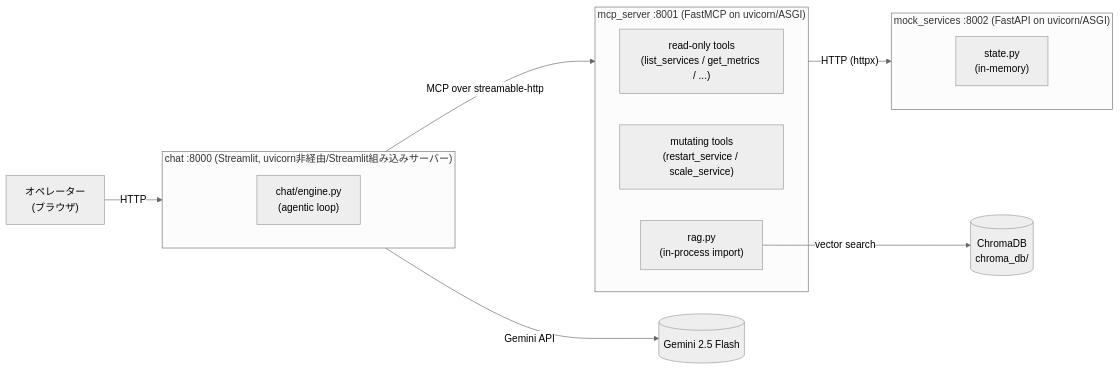
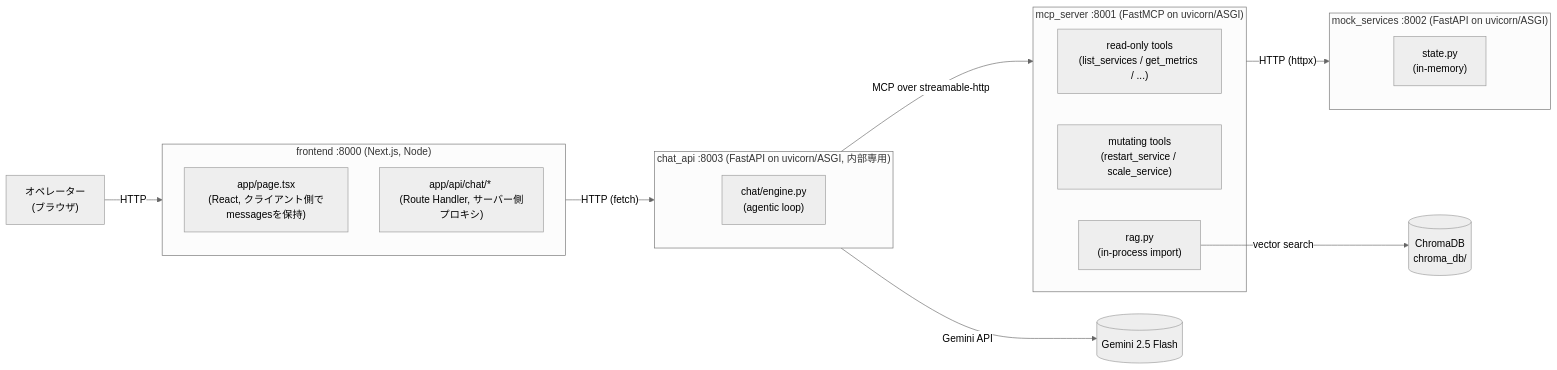
The first of 2 diagrams in README.md (fumi0217/ai-ops-agent), drawn with Mermaid (neutral theme) before and after one commit. The commit also changed other lines of this file and 45 other files, not shown here.

First line of the commit message:
feat: migrate chat UI from Streamlit to Next.js

````diff
--- a/README.md
+++ b/README.md
@@ -31,26 +32,33 @@
 ```mermaid
 graph LR
-    Op["オペレーター<br/>(ブラウザ)"] -->|HTTP| Chat
+    Op["オペレーター<br/>(ブラウザ)"] -->|HTTP| Frontend
 
-    subgraph Chat["chat :8000 (Streamlit, uvicorn非経由/Streamlit組み込みサーバー)"]
+    subgraph Frontend["frontend :8000 (Next.js, Node)"]
+        Page["app/page.tsx<br/>(React, クライアント側でmessagesを保持)"]
+        RouteHandler["app/api/chat/* <br/>(Route Handler, サーバー側プロキシ)"]
+    end
+
+    Frontend -->|"HTTP (fetch)"| ChatApi
+
+    subgraph ChatApi["chat_api :8003 (FastAPI on uvicorn/ASGI, 内部専用)"]
         Engine["chat/engine.py<br/>(agentic loop)"]
     end
 
-    Chat -->|Gemini API| Gemini[("Gemini 2.5 Flash")]
+    ChatApi -->|Gemini API| Gemini[("Gemini 2.5 Flash")]
 
-    Chat -->|"MCP over streamable-http"| MCP
+    ChatApi -->|"MCP over streamable-http"| MCP
 
     subgraph MCP["mcp_server :8001 (FastMCP on uvicorn/ASGI)"]
         Tools["read-only tools<br/>(list_services / get_metrics / ...)"]
         MutTools["mutating tools<br/>(restart_service / scale_service)"]
         Rag["rag.py<br/>(in-process import)"]
     end
 
     MCP -->|"HTTP (httpx)"| Mock
 
     subgraph Mock["mock_services :8002 (FastAPI on uvicorn/ASGI)"]
         State["state.py<br/>(in-memory)"]
     end
 
     Rag -->|vector search| Chroma[("ChromaDB<br/>chroma_db/")]
 ```
````
